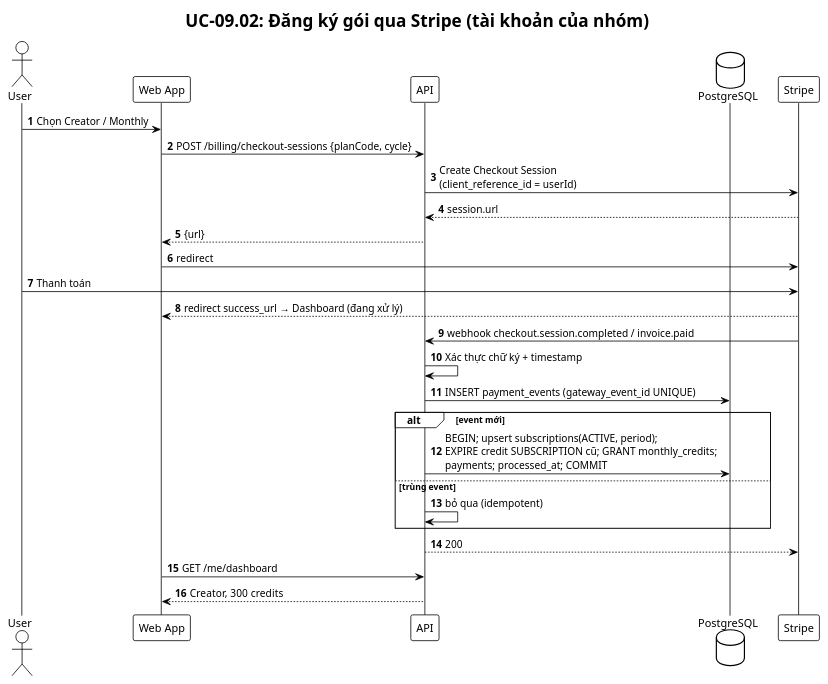
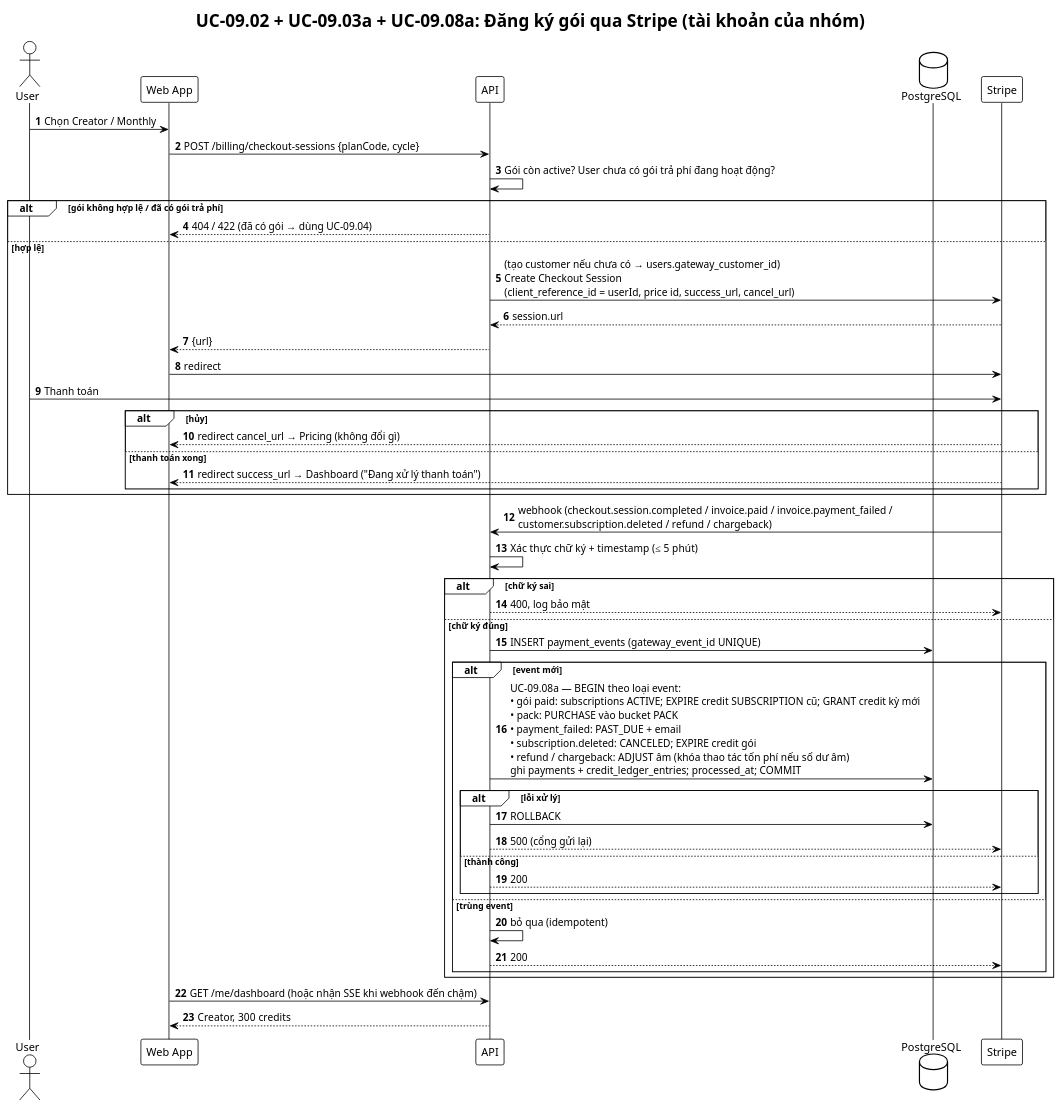
The diagram in demo-c2story/so-do/04-tuan-tu/seq-thanh-toan.puml (202416852-anhpv/story2video-docs), drawn with PlantUML before and after one commit. The commit also changed 25 other files, not shown here.

```diff
--- a/demo-c2story/so-do/04-tuan-tu/seq-thanh-toan.puml
+++ b/demo-c2story/so-do/04-tuan-tu/seq-thanh-toan.puml
@@ -1,32 +1,51 @@
 @startuml Seq_ThanhToan
 !theme plain
 skinparam defaultFontName "Segoe UI"
 skinparam sequenceMessageAlign left
 autonumber
-title UC-09.02: Đăng ký gói qua Stripe (tài khoản của nhóm)
+title UC-09.02 + UC-09.03a + UC-09.08a: Đăng ký gói qua Stripe (tài khoản của nhóm)
 actor User
 participant "Web App" as Web
 participant "API" as API
 database PostgreSQL as DB
 participant "Stripe" as ST
 
 User -> Web : Chọn Creator / Monthly
 Web -> API : POST /billing/checkout-sessions {planCode, cycle}
-API -> ST : Create Checkout Session\n(client_reference_id = userId)
-ST --> API : session.url
-API --> Web : {url}
-Web -> ST : redirect
-User -> ST : Thanh toán
-ST --> Web : redirect success_url → Dashboard (đang xử lý)
-ST -> API : webhook checkout.session.completed / invoice.paid
-API -> API : Xác thực chữ ký + timestamp
-API -> DB : INSERT payment_events (gateway_event_id UNIQUE)
-alt event mới
-    API -> DB : BEGIN; upsert subscriptions(ACTIVE, period);\nEXPIRE credit SUBSCRIPTION cũ; GRANT monthly_credits;\npayments; processed_at; COMMIT
-else trùng event
-    API -> API : bỏ qua (idempotent)
+API -> API : Gói còn active? User chưa có gói trả phí đang hoạt động?
+alt gói không hợp lệ / đã có gói trả phí
+    API --> Web : 404 / 422 (đã có gói → dùng UC-09.04)
+else hợp lệ
+    API -> ST : (tạo customer nếu chưa có → users.gateway_customer_id)\nCreate Checkout Session\n(client_reference_id = userId, price id, success_url, cancel_url)
+    ST --> API : session.url
+    API --> Web : {url}
+    Web -> ST : redirect
+    User -> ST : Thanh toán
+    alt hủy
+        ST --> Web : redirect cancel_url → Pricing (không đổi gì)
+    else thanh toán xong
+        ST --> Web : redirect success_url → Dashboard ("Đang xử lý thanh toán")
+    end
 end
-API --> ST : 200
-Web -> API : GET /me/dashboard
+ST -> API : webhook (checkout.session.completed / invoice.paid / invoice.payment_failed /\ncustomer.subscription.deleted / refund / chargeback)
+API -> API : Xác thực chữ ký + timestamp (≤ 5 phút)
+alt chữ ký sai
+    API --> ST : 400, log bảo mật
+else chữ ký đúng
+    API -> DB : INSERT payment_events (gateway_event_id UNIQUE)
+    alt event mới
+        API -> DB : UC-09.08a — BEGIN theo loại event:\n• gói paid: subscriptions ACTIVE; EXPIRE credit SUBSCRIPTION cũ; GRANT credit kỳ mới\n• pack: PURCHASE vào bucket PACK\n• payment_failed: PAST_DUE + email\n• subscription.deleted: CANCELED; EXPIRE credit gói\n• refund / chargeback: ADJUST âm (khóa thao tác tốn phí nếu số dư âm)\nghi payments + credit_ledger_entries; processed_at; COMMIT
+        alt lỗi xử lý
+            API -> DB : ROLLBACK
+            API --> ST : 500 (cổng gửi lại)
+        else thành công
+            API --> ST : 200
+        end
+    else trùng event
+        API -> API : bỏ qua (idempotent)
+        API --> ST : 200
+    end
+end
+Web -> API : GET /me/dashboard (hoặc nhận SSE khi webhook đến chậm)
 API --> Web : Creator, 300 credits
 @enduml
```
